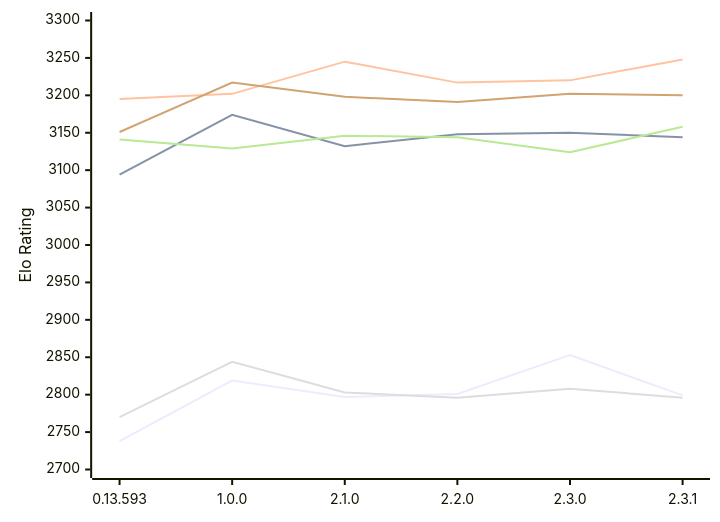
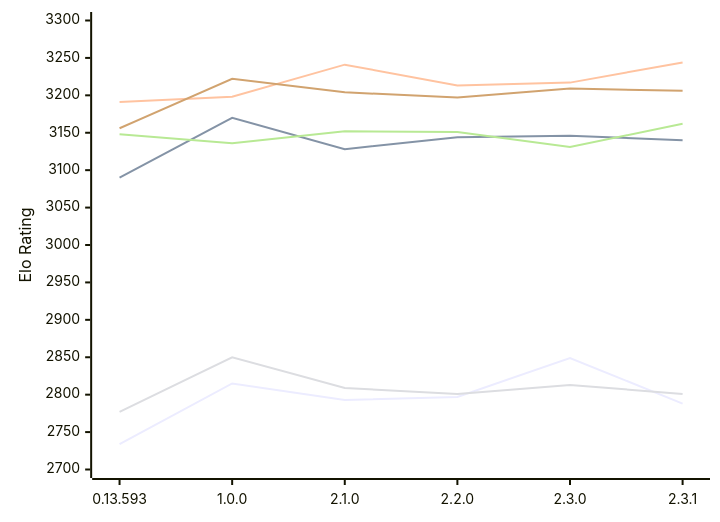
The diagram in engines/Pawnstar.md (computer-chess-index/cci), drawn with Mermaid before and after one commit. The commit also changed other lines of this file, not shown here.

Commit message:
Update CCI Ratings (ELO VLTC) - 2026-11-21

````diff
--- a/engines/Pawnstar.md
+++ b/engines/Pawnstar.md
@@ -57,12 +57,12 @@
 ```mermaid
 %%{init: {"theme":"base","themeVariables":{"seriesColors:['#a3a3a3','#222221','#faa371']}}}%%
 xychart-beta
   x-axis ["0.13.593", "1.0.0", "2.1.0", "2.2.0", "2.3.0", "2.3.1"]
   y-axis "Elo Rating" 2700 --> 3300
-  line "E1: STC (8.0+0.08s)" [2738, 2819, 2797, 2801, 2853, 2799]
-  line "E1: LTC (60.0+0.60s)" [3094, 3174, 3132, 3148, 3150, 3144]
-  line "E1: VLTC (2m24s+1.12s)" [3195, 3202, 3245, 3217, 3220, 3248]
-  line "P1: STC (8.0+0.08s)" [2770, 2844, 2803, 2796, 2808, 2796]
-  line "P1: LTC (60.0+0.60s)" [3141, 3129, 3146, 3144, 3124, 3158]
-  line "P1: VLTC (2m24s+1.12s)" [3151, 3217, 3198, 3191, 3202, 3200]
+  line "E1: STC (8.0+0.08s)" [2734, 2815, 2793, 2797, 2849, 2788]
+  line "E1: LTC (60.0+0.60s)" [3090, 3170, 3128, 3144, 3146, 3140]
+  line "E1: VLTC (2m24s+1.12s)" [3191, 3198, 3241, 3213, 3217, 3244]
+  line "P1: STC (8.0+0.08s)" [2777, 2850, 2809, 2801, 2813, 2801]
+  line "P1: LTC (60.0+0.60s)" [3148, 3136, 3152, 3151, 3131, 3162]
+  line "P1: VLTC (2m24s+1.12s)" [3156, 3222, 3204, 3197, 3209, 3206]
 ```
````
